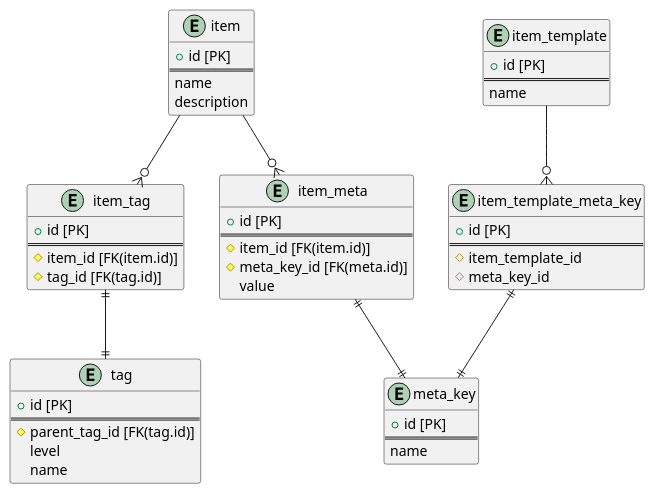
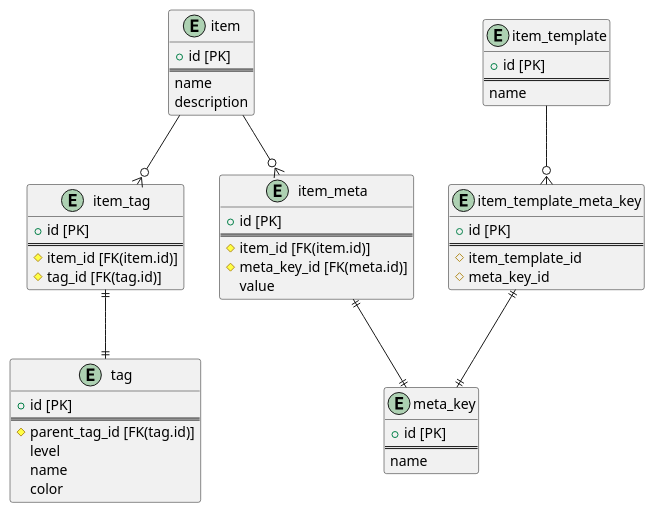
The diagram in docs/database.puml (ao2-y/data-tag-manager), drawn with PlantUML before and after one commit.

Commit message:
feat: tagにcolor項目追加

```diff
--- a/docs/database.puml
+++ b/docs/database.puml
@@ -1,91 +1,92 @@
 @startuml data_tag_manager
 
 entity "item" {
     + id [PK]
     ==
     name
     description
 }
 
 entity "meta_key" {
     + id [PK]
     ==
     name
 }
 
 entity "tag" {
     + id [PK]
     ==
     # parent_tag_id [FK(tag.id)]
     level
     name
+    color
 }
 
 entity "item_meta" {
     + id [PK]
     ==
     # item_id [FK(item.id)]
     # meta_key_id [FK(meta.id)]
     value
 }
 
 entity "item_tag" {
     + id [PK]
     ==
     # item_id [FK(item.id)]
     # tag_id [FK(tag.id)]
 }
 
 entity "item_template" {
     + id [PK]
     ==
     name
 }
 
 entity "item_template_meta_key" {
     + id [PK]
     ==
     # item_template_id
     # meta_key_id
 }
 
 item --o{ item_tag
 item --o{ item_meta
 item_tag ||--|| tag
 item_meta ||--|| meta_key
 item_template --o{ item_template_meta_key
 item_template_meta_key  ||--|| meta_key
 
 ' 案2
 ' entity "item_1" {
 '     + id [PK]
 '     ==
 '     # item_template_id 
 ' }
 ' entity "item_template" {
 '     + id [PK]
 '     ==
 '     name
 ' }
 ' entity "item_template_meta_key" {
 '     + id [PK]
 '     ==
 '     # item_template_id
 '     # meta_key_id
 
 ' }
 ' entity "meta_key_2" {
 '     + id [PK]
 '     ==
 '     name
 ' }
 
 ' item_1 --o{ item_template
 ' item_template --o{ item_template_meta_key
 ' item_template_meta_key --o{ meta_key_2
 
 
 
 
 
 @enduml
```
